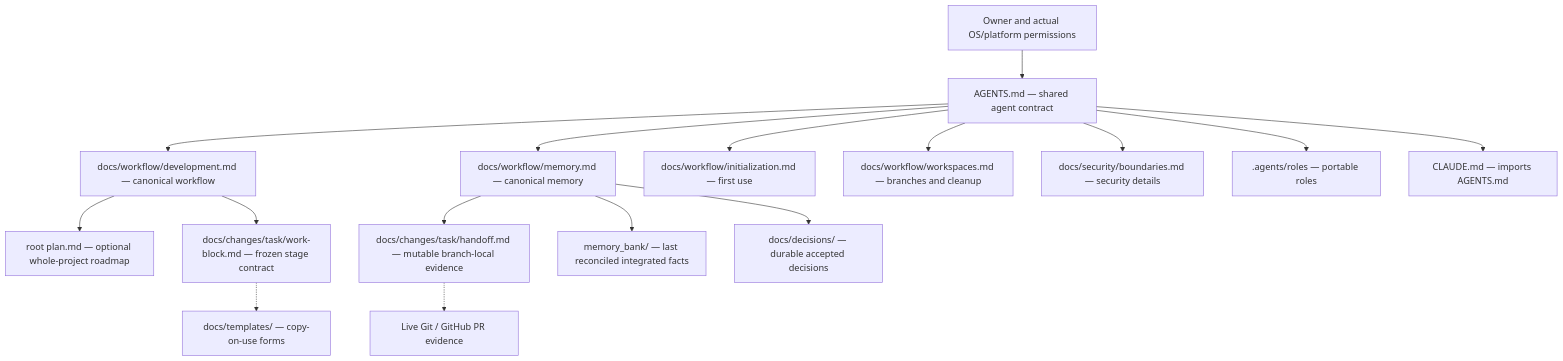
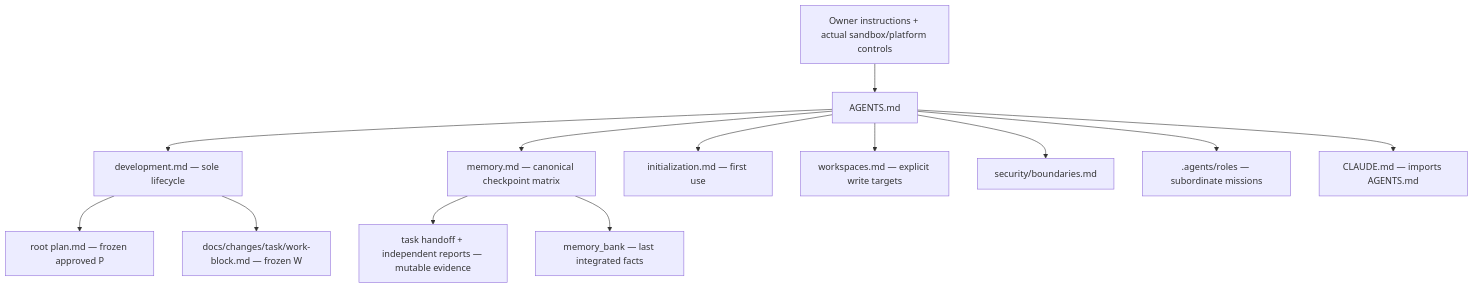
One commit to oleyna80/agentic-sdlc-lite changed the second of 2 diagrams in docs/architecture/overview.md. Above: the diagram before and after it, drawn with Mermaid. The commit also changed other lines of this file and 3 other files, not shown here.

Commit message:
docs: align architecture and navigation with approved P/W lifecycle (WB-LITE-002 group C1)

````diff
--- a/docs/architecture/overview.md
+++ b/docs/architecture/overview.md
@@ -44,18 +46,15 @@
 ```mermaid
 flowchart TD
-    OWNER["Owner and actual OS/platform permissions"] --> AG["AGENTS.md — shared agent contract"]
-    AG --> DEV["docs/workflow/development.md — canonical workflow"]
-    AG --> MEM["docs/workflow/memory.md — canonical memory"]
-    AG --> INIT["docs/workflow/initialization.md — first use"]
-    AG --> GIT["docs/workflow/workspaces.md — branches and cleanup"]
-    AG --> SEC["docs/security/boundaries.md — security details"]
-    AG --> ROLES[".agents/roles — portable roles"]
-    AG --> CLAUDE["CLAUDE.md — imports AGENTS.md"]
-    DEV --> ROAD["root plan.md — optional whole-project roadmap"]
-    DEV --> WB["docs/changes/task/work-block.md — frozen stage contract"]
-    MEM --> HAND["docs/changes/task/handoff.md — mutable branch-local evidence"]
-    MEM --> BANK["memory_bank/ — last reconciled integrated facts"]
-    MEM --> ADR["docs/decisions/ — durable accepted decisions"]
-    WB -.-> TMPL["docs/templates/ — copy-on-use forms"]
-    HAND -.-> PR["Live Git / GitHub PR evidence"]
+    OWNER["Owner instructions + actual sandbox/platform controls"] --> ROOT["AGENTS.md"]
+    ROOT --> DEV["development.md — sole lifecycle"]
+    ROOT --> MEM["memory.md — canonical checkpoint matrix"]
+    ROOT --> INIT["initialization.md — first use"]
+    ROOT --> WORK["workspaces.md — explicit write targets"]
+    ROOT --> SEC["security/boundaries.md"]
+    ROOT --> ROLES[".agents/roles — subordinate missions"]
+    DEV --> PLAN["root plan.md — frozen approved P"]
+    DEV --> STAGE["docs/changes/task/work-block.md — frozen W"]
+    MEM --> HANDOFF["task handoff + independent reports — mutable evidence"]
+    MEM --> BANK["memory_bank — last integrated facts"]
+    ROOT --> CLAUDE["CLAUDE.md — imports AGENTS.md"]
 ```
````
